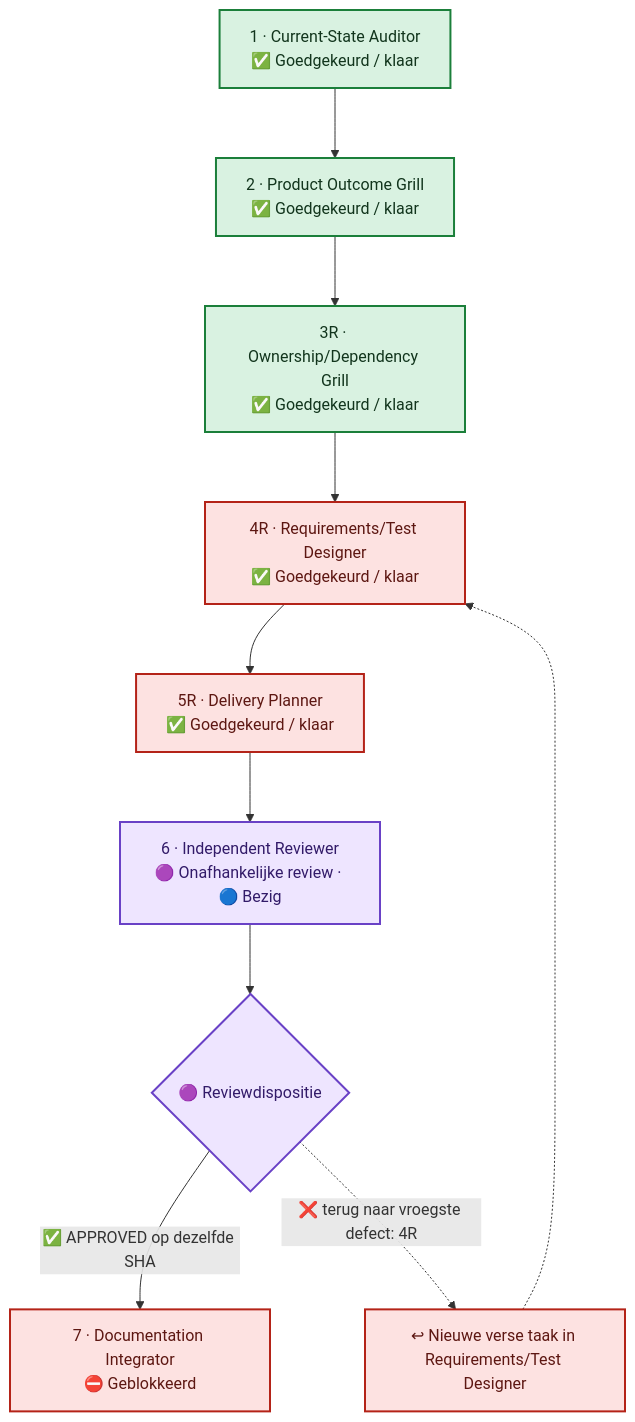
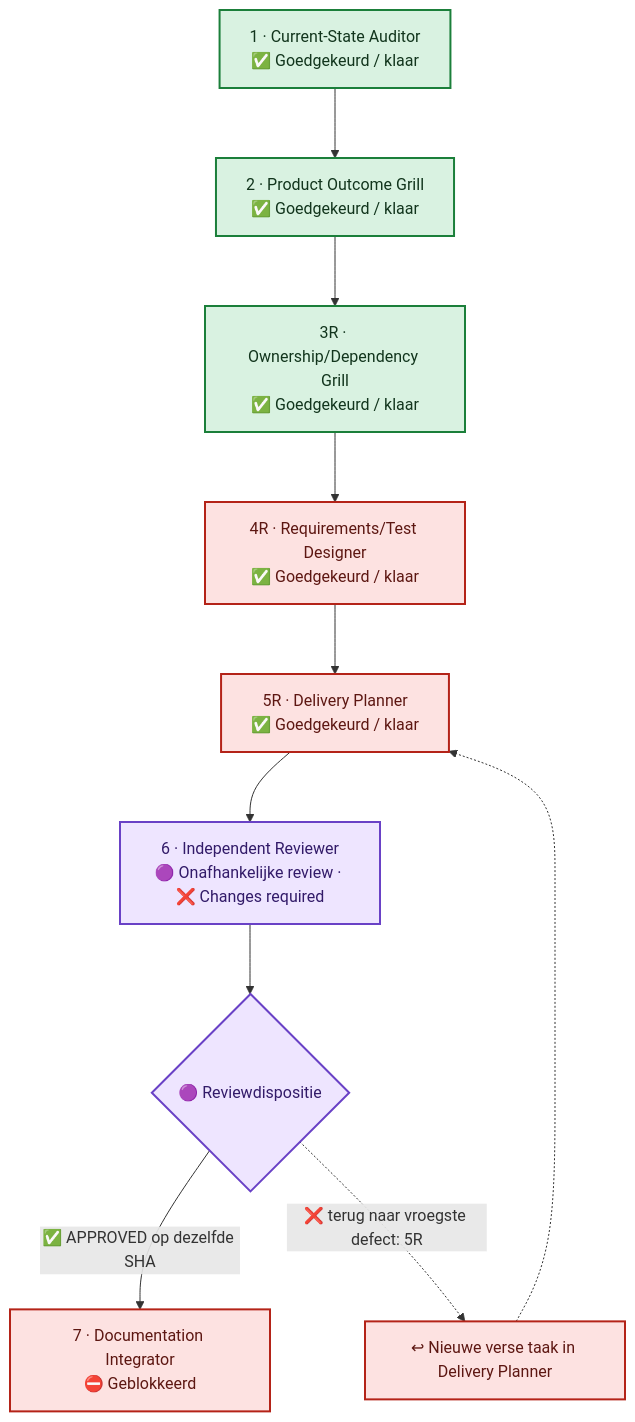
Before and after one commit to Jandesch91/n1-bioforge-requirements-cockpit: the diagram in flow.mmd, drawn with Mermaid. The commit also changed 4 other files, not shown here.

```diff
--- a/flow.mmd
+++ b/flow.mmd
@@ -1,24 +1,24 @@
 %%{init: {"flowchart": {"curve": "basis", "nodeSpacing": 60, "rankSpacing": 70, "htmlLabels": true}}}%%
 flowchart TB
     %% A vertical main lane prevents crossing arrows. The review return uses one side lane.
     phase_1["1 · Current-State Auditor<br/>✅ Goedgekeurd / klaar"]
     phase_2["2 · Product Outcome Grill<br/>✅ Goedgekeurd / klaar"]
     phase_3r["3R · Ownership/Dependency Grill<br/>✅ Goedgekeurd / klaar"]
     phase_4r["4R · Requirements/Test Designer<br/>✅ Goedgekeurd / klaar"]
     phase_5r["5R · Delivery Planner<br/>✅ Goedgekeurd / klaar"]
-    phase_6["6 · Independent Reviewer<br/>🟣 Onafhankelijke review · 🔵 Bezig"]
+    phase_6["6 · Independent Reviewer<br/>🟣 Onafhankelijke review · ❌ Changes required"]
     phase_7["7 · Documentation Integrator<br/>⛔ Geblokkeerd"]
     phase_1 --> phase_2 --> phase_3r --> phase_4r --> phase_5r --> phase_6
     review_decision{"🟣 Reviewdispositie"}
     phase_6 --> review_decision
     review_decision -->|"✅ APPROVED op dezelfde SHA"| phase_7
-    review_decision -.->|"❌ terug naar vroegste defect: 4R"| return_lane["↩ Nieuwe verse taak in Requirements/Test Designer"]
-    return_lane -.-> phase_4r
+    review_decision -.->|"❌ terug naar vroegste defect: 5R"| return_lane["↩ Nieuwe verse taak in Delivery Planner"]
+    return_lane -.-> phase_5r
     classDef approved fill:#D9F2E1,stroke:#1B7F3A,color:#12351D,stroke-width:2px
     classDef changes fill:#FDE2E1,stroke:#B42318,color:#5D1712,stroke-width:2px
     classDef blocked fill:#FDE2E1,stroke:#B42318,color:#5D1712,stroke-width:2px
     classDef review fill:#EEE5FF,stroke:#6941C6,color:#321B69,stroke-width:2px
     class phase_1,phase_2,phase_3r approved
     class phase_4r changes
     class phase_5r,phase_7,return_lane blocked
     class phase_6,review_decision review
```
